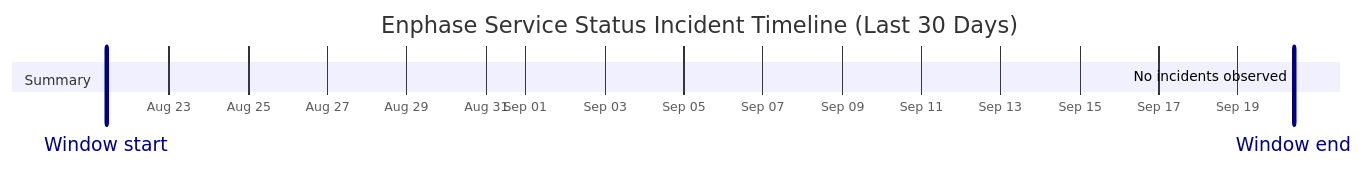
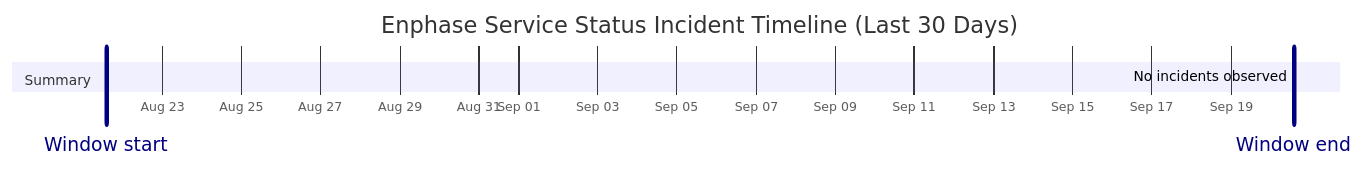
The diagram in wiki/Service-Status-History.md (barneyonline/ha-enphase-energy), drawn with Mermaid before and after one commit. The commit also changed other lines of this file and 3 other files, not shown here.

````diff
--- a/wiki/Service-Status-History.md
+++ b/wiki/Service-Status-History.md
@@ -14,10 +14,10 @@
 ```mermaid
 gantt
     title Enphase Service Status Incident Timeline (Last 30 Days)
     dateFormat  YYYY-MM-DDTHH:mm:ss
     axisFormat  %b %d
-    Window start :vert, window-start, 2026-08-21T09:57:35, 0ms
-    Window end :vert, window-end, 2026-09-20T09:57:35, 0ms
+    Window start :vert, window-start, 2026-08-21T14:01:44, 0ms
+    Window end :vert, window-end, 2026-09-20T14:01:44, 0ms
     section Summary
-    No incidents observed :done, 2026-09-20T09:57:35, 1m
+    No incidents observed :done, 2026-09-20T14:01:44, 1m
 ```
````
